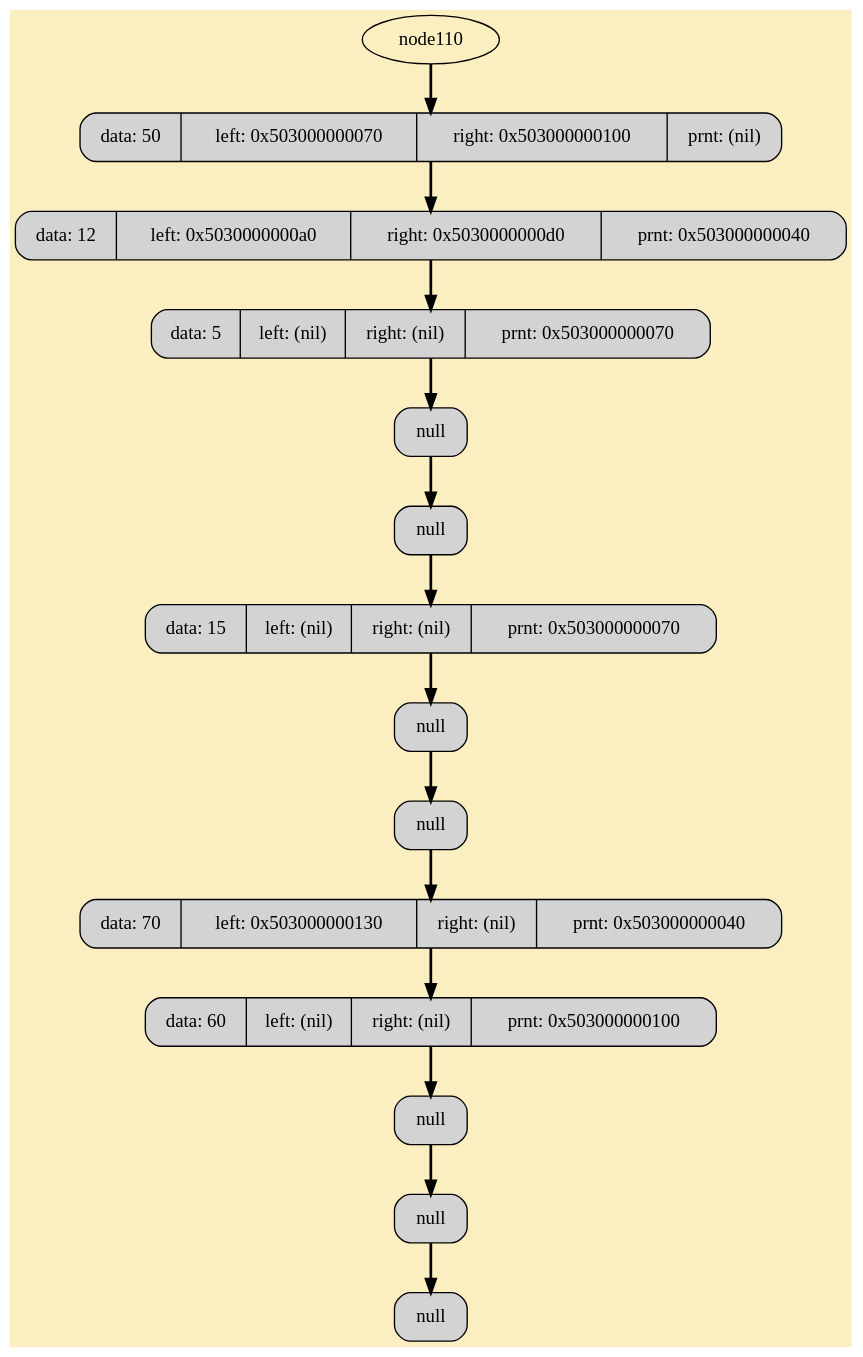
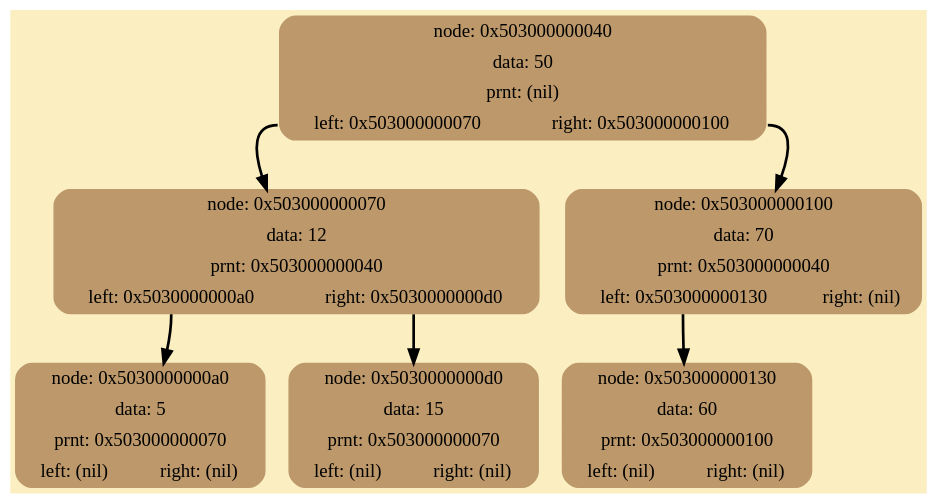
Before and after one commit to RTCupid/BINARY_TREE: the diagram in DumpTree.dot, drawn with Graphviz. The commit also changed 4 other files, not shown here.

Commit message:
+ graph dump of free, I really happy

```diff
--- a/DumpTree.dot
+++ b/DumpTree.dot
@@ -1,30 +1,15 @@
 digraph G {
 	rankdir = HR;
 	bgcolor="#FBEEC1"
-	 node111 [shape=Mrecord; style=filled; label =  "{data:  50} | {left: 0x503000000070}  | {right: 0x503000000100} | {prnt: (nil)} " ];
-	 node110 -> node111 [style=bold; weight=1000; ];
-	 node112 [shape=Mrecord; style=filled; label =  "{data:  12} | {left: 0x5030000000a0}  | {right: 0x5030000000d0} | {prnt: 0x503000000040} " ];
-	 node111 -> node112 [style=bold; weight=1000; ];
-	 node113 [shape=Mrecord; style=filled; label =  "{data:   5} | {left: (nil)}  | {right: (nil)} | {prnt: 0x503000000070} " ];
-	 node112 -> node113 [style=bold; weight=1000; ];
-	 node114 [shape=Mrecord; style=filled; label = "null"; ]
- 	 node113 -> node114 [style=bold; weight=1000; ];
-	 node115 [shape=Mrecord; style=filled; label = "null"; ]
- 	 node114 -> node115 [style=bold; weight=1000; ];
-	 node116 [shape=Mrecord; style=filled; label =  "{data:  15} | {left: (nil)}  | {right: (nil)} | {prnt: 0x503000000070} " ];
-	 node115 -> node116 [style=bold; weight=1000; ];
-	 node117 [shape=Mrecord; style=filled; label = "null"; ]
- 	 node116 -> node117 [style=bold; weight=1000; ];
-	 node118 [shape=Mrecord; style=filled; label = "null"; ]
- 	 node117 -> node118 [style=bold; weight=1000; ];
-	 node119 [shape=Mrecord; style=filled; label =  "{data:  70} | {left: 0x503000000130}  | {right: (nil)} | {prnt: 0x503000000040} " ];
-	 node118 -> node119 [style=bold; weight=1000; ];
-	 node120 [shape=Mrecord; style=filled; label =  "{data:  60} | {left: (nil)}  | {right: (nil)} | {prnt: 0x503000000100} " ];
-	 node119 -> node120 [style=bold; weight=1000; ];
-	 node121 [shape=Mrecord; style=filled; label = "null"; ]
- 	 node120 -> node121 [style=bold; weight=1000; ];
-	 node122 [shape=Mrecord; style=filled; label = "null"; ]
- 	 node121 -> node122 [style=bold; weight=1000; ];
-	 node123 [shape=Mrecord; style=filled; label = "null"; ]
- 	 node122 -> node123 [style=bold; weight=1000; ];
+	 node0x503000000040 [shape=Mrecord; style=filled; color="#BC986A"; label =  "{node: 0x503000000040 | data:  50 | prnt: (nil) | {<left>left: 0x503000000070 | <right>right: 0x503000000100}  }" ];
+	 node0x503000000040:<left> -> node0x503000000070 [style=bold; weight=1000; ];
+	 node0x503000000040:<right> -> node0x503000000100 [style=bold; weight=1000; ];
+	 node0x503000000070 [shape=Mrecord; style=filled; color="#BC986A"; label =  "{node: 0x503000000070 | data:  12 | prnt: 0x503000000040 | {<left>left: 0x5030000000a0 | <right>right: 0x5030000000d0}  }" ];
+	 node0x503000000070:<left> -> node0x5030000000a0 [style=bold; weight=1000; ];
+	 node0x503000000070:<right> -> node0x5030000000d0 [style=bold; weight=1000; ];
+	 node0x5030000000a0 [shape=Mrecord; style=filled; color="#BC986A"; label =  "{node: 0x5030000000a0 | data:   5 | prnt: 0x503000000070 | {<left>left: (nil) | <right>right: (nil)}  }" ];
+	 node0x5030000000d0 [shape=Mrecord; style=filled; color="#BC986A"; label =  "{node: 0x5030000000d0 | data:  15 | prnt: 0x503000000070 | {<left>left: (nil) | <right>right: (nil)}  }" ];
+	 node0x503000000100 [shape=Mrecord; style=filled; color="#BC986A"; label =  "{node: 0x503000000100 | data:  70 | prnt: 0x503000000040 | {<left>left: 0x503000000130 | <right>right: (nil)}  }" ];
+	 node0x503000000100:<left> -> node0x503000000130 [style=bold; weight=1000; ];
+	 node0x503000000130 [shape=Mrecord; style=filled; color="#BC986A"; label =  "{node: 0x503000000130 | data:  60 | prnt: 0x503000000100 | {<left>left: (nil) | <right>right: (nil)}  }" ];
 }
```
